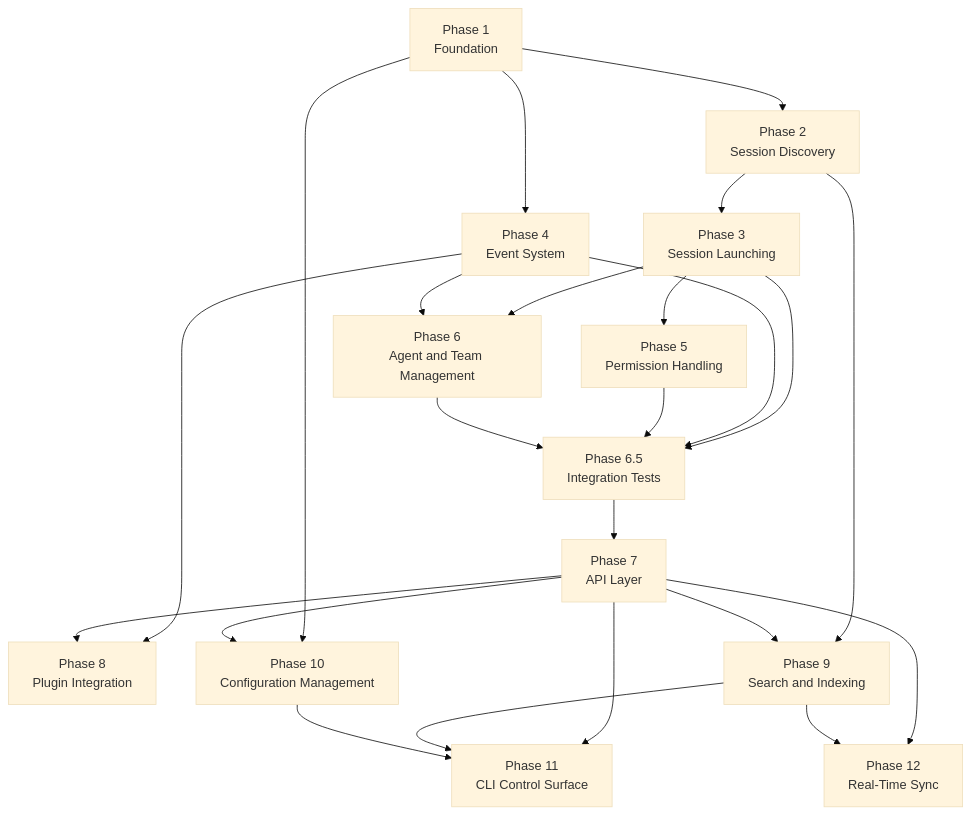
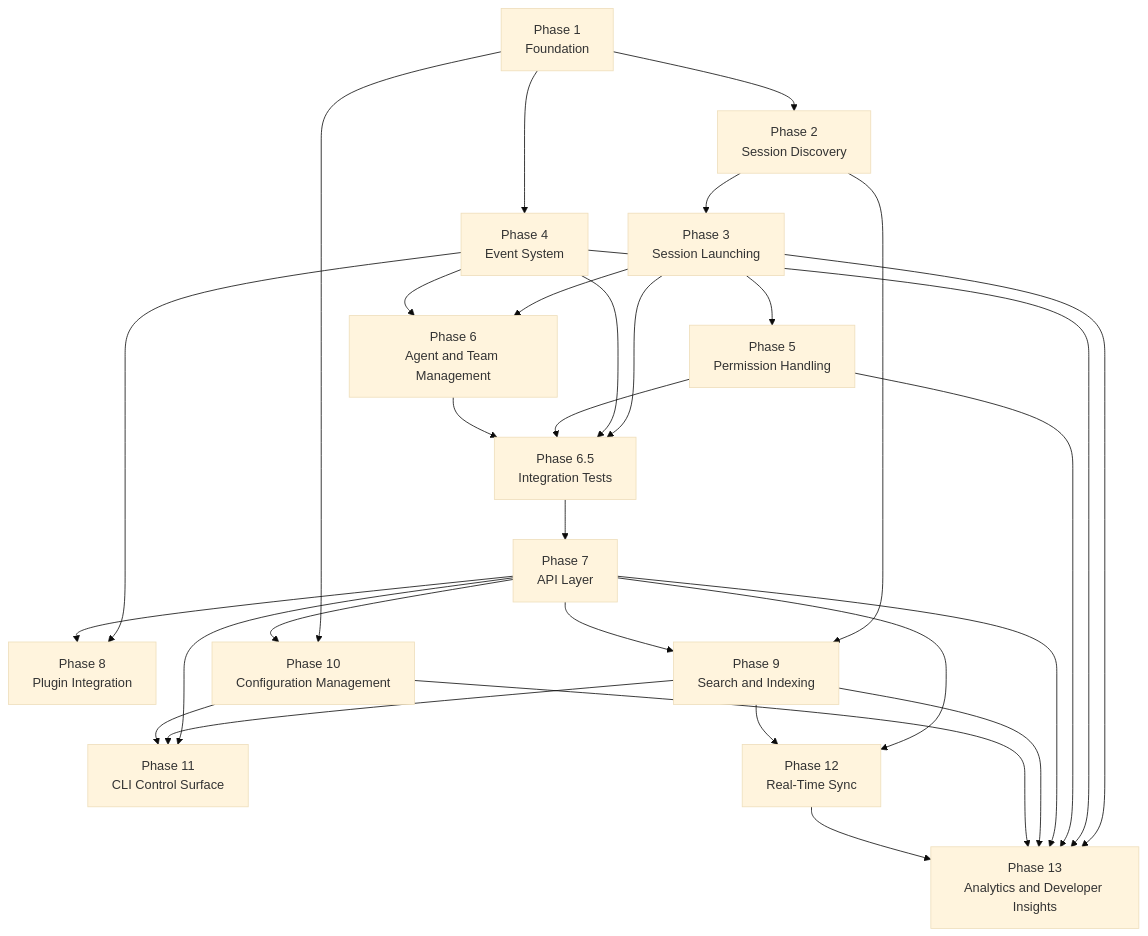
Before and after one commit to juanbermudez/cc-middleware: the diagram in docs/plan/PLAN.md, drawn with Mermaid (base theme). The commit also changed other lines of this file and 163 other files, not shown here.

````diff
--- a/docs/plan/PLAN.md
+++ b/docs/plan/PLAN.md
@@ -35,39 +36,47 @@
 ```mermaid
 flowchart TD
     p1["Phase 1<br/>Foundation"]
     p2["Phase 2<br/>Session Discovery"]
     p3["Phase 3<br/>Session Launching"]
     p4["Phase 4<br/>Event System"]
     p5["Phase 5<br/>Permission Handling"]
     p6["Phase 6<br/>Agent and Team Management"]
     p65["Phase 6.5<br/>Integration Tests"]
     p7["Phase 7<br/>API Layer"]
     p8["Phase 8<br/>Plugin Integration"]
     p9["Phase 9<br/>Search and Indexing"]
     p10["Phase 10<br/>Configuration Management"]
     p11["Phase 11<br/>CLI Control Surface"]
     p12["Phase 12<br/>Real-Time Sync"]
+    p13["Phase 13<br/>Analytics and Developer Insights"]
 
     p1 --> p2
     p1 --> p4
     p1 --> p10
     p2 --> p3
     p2 --> p9
     p3 --> p5
     p3 --> p6
     p3 --> p65
     p4 --> p6
     p4 --> p8
     p4 --> p65
     p5 --> p65
     p6 --> p65
     p65 --> p7
     p7 --> p8
     p7 --> p9
     p7 --> p10
     p7 --> p11
     p7 --> p12
     p9 --> p11
     p9 --> p12
     p10 --> p11
+    p3 --> p13
+    p4 --> p13
+    p5 --> p13
+    p7 --> p13
+    p9 --> p13
+    p10 --> p13
+    p12 --> p13
 ```
````
